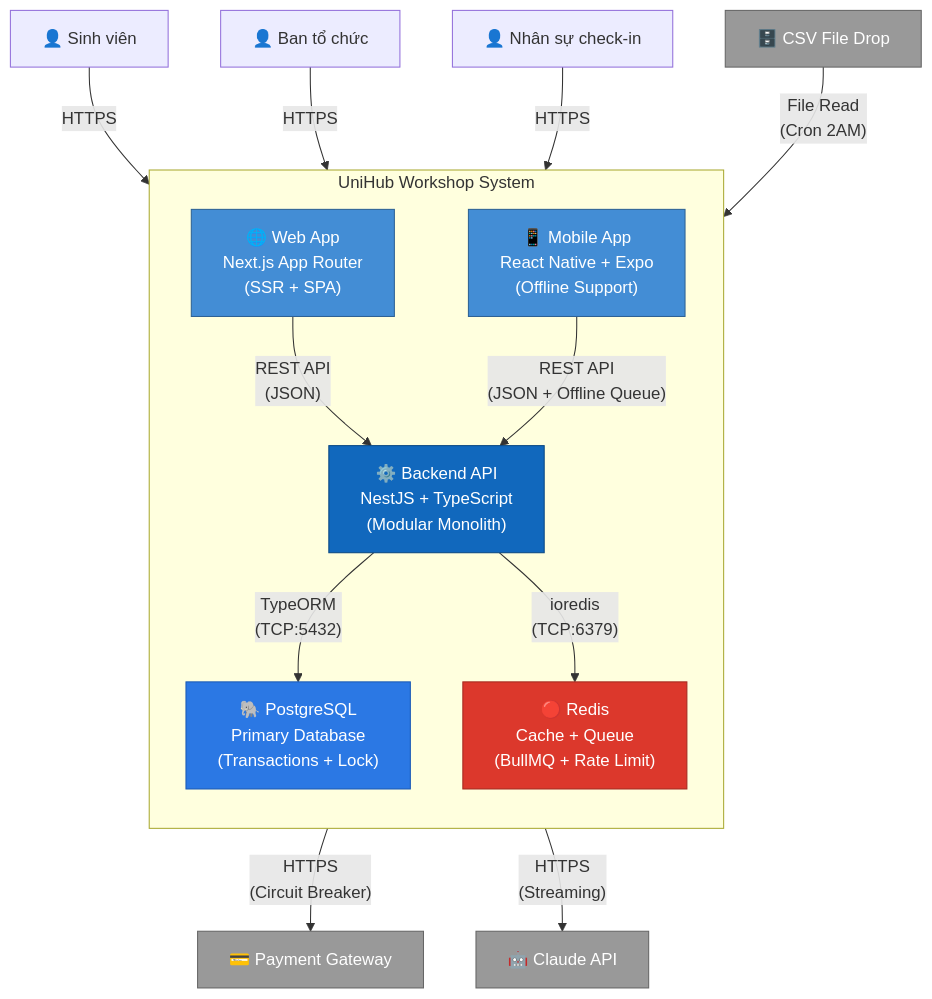
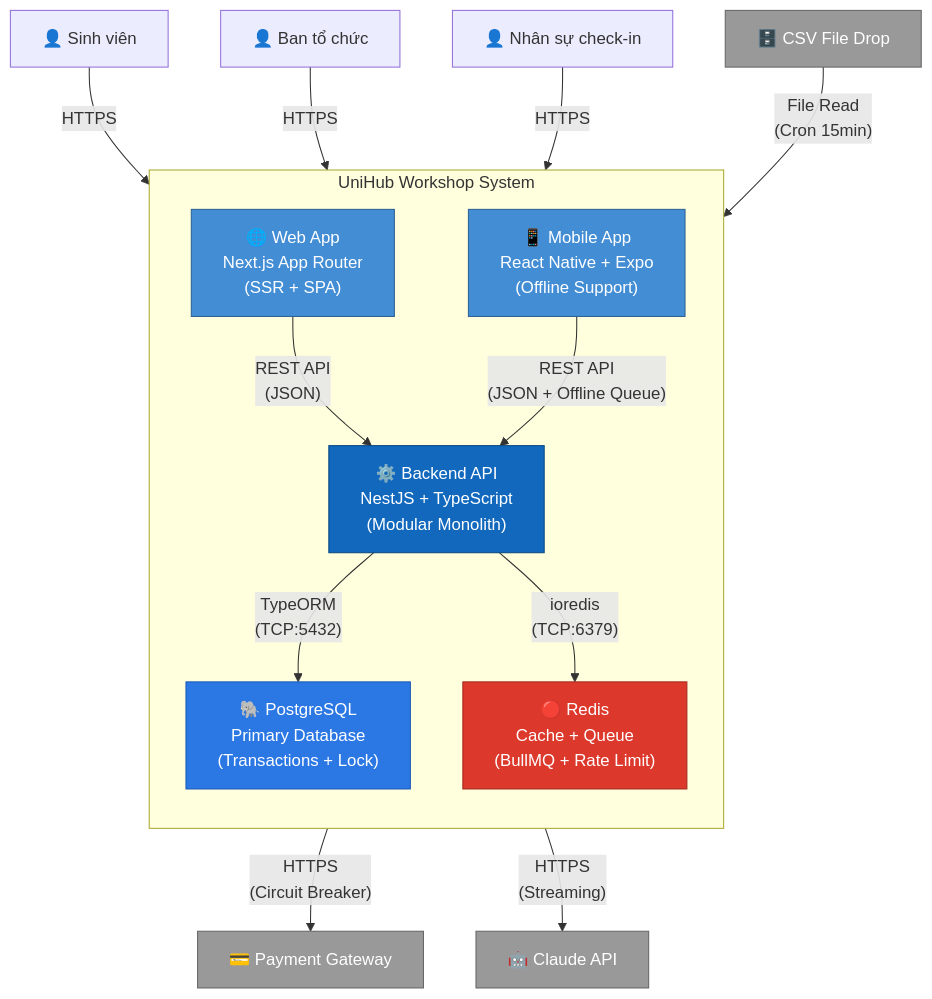
One commit to TMQ2k/UniHub-Workshop changed the second of 6 diagrams in blueprint/design.md. Above: the diagram before and after it, drawn with Mermaid. The commit also changed other lines of this file and 14 other files, not shown here.

Commit message:
docs: establish initial architecture, database schema, and module specifications for UniHub Workshop

````diff
--- a/blueprint/design.md
+++ b/blueprint/design.md
@@ -79,43 +79,43 @@
 ```mermaid
 graph TB
     SV["👤 Sinh viên"]
     BTC["👤 Ban tổ chức"]
     STAFF["👤 Nhân sự check-in"]
 
     subgraph boundary ["UniHub Workshop System"]
         direction TB
 
         WEB["🌐 Web App<br/>Next.js App Router<br/>(SSR + SPA)"]
         MOBILE["📱 Mobile App<br/>React Native + Expo<br/>(Offline Support)"]
         API["⚙️ Backend API<br/>NestJS + TypeScript<br/>(Modular Monolith)"]
         PG["🐘 PostgreSQL<br/>Primary Database<br/>(Transactions + Lock)"]
         REDIS["🔴 Redis<br/>Cache + Queue<br/>(BullMQ + Rate Limit)"]
     end
 
     PAY["💳 Payment Gateway"]
     AI["🤖 Claude API"]
     CSV["🗄️ CSV File Drop"]
 
     SV -- "HTTPS" --> WEB
     BTC -- "HTTPS" --> WEB
     STAFF -- "HTTPS" --> MOBILE
 
     WEB -- "REST API<br/>(JSON)" --> API
     MOBILE -- "REST API<br/>(JSON + Offline Queue)" --> API
 
     API -- "TypeORM<br/>(TCP:5432)" --> PG
     API -- "ioredis<br/>(TCP:6379)" --> REDIS
 
     API -- "HTTPS<br/>(Circuit Breaker)" --> PAY
     API -- "HTTPS<br/>(Streaming)" --> AI
-    CSV -- "File Read<br/>(Cron 2AM)" --> API
+    CSV -- "File Read<br/>(Cron 15min)" --> API
 
     style WEB fill:#438dd5,stroke:#2e6295,color:#fff
     style MOBILE fill:#438dd5,stroke:#2e6295,color:#fff
     style API fill:#1168bd,stroke:#0b4884,color:#fff
     style PG fill:#2b78e4,stroke:#1a5ab6,color:#fff
     style REDIS fill:#dc382c,stroke:#a52a20,color:#fff
     style PAY fill:#999,stroke:#666,color:#fff
     style AI fill:#999,stroke:#666,color:#fff
     style CSV fill:#999,stroke:#666,color:#fff
 ```
````
